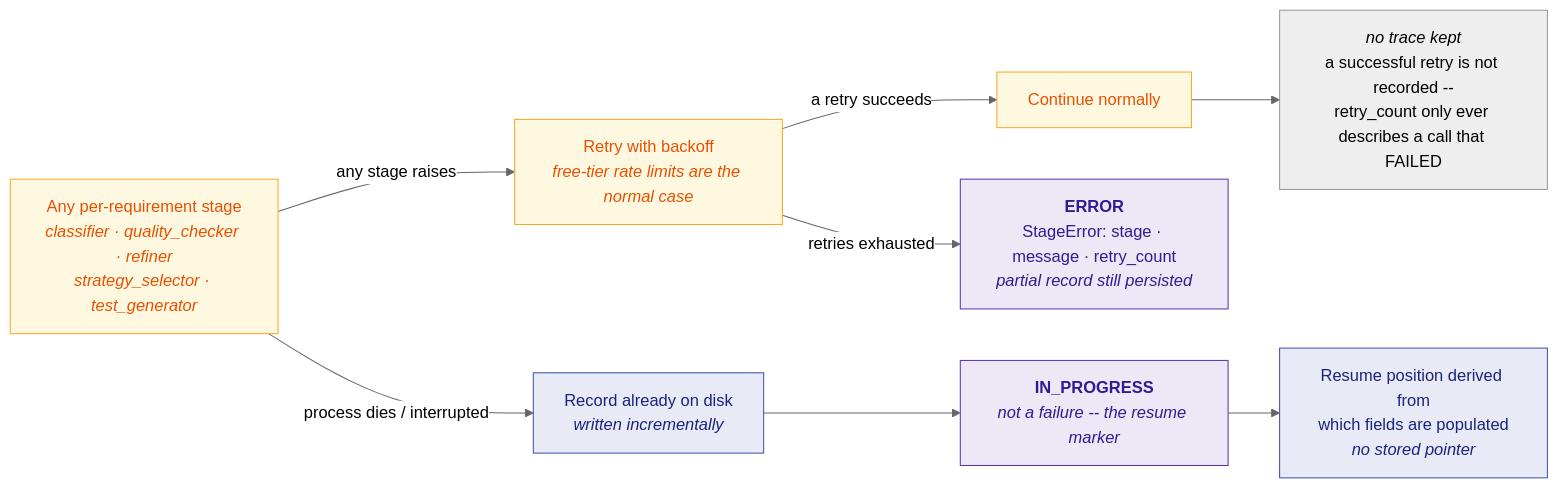
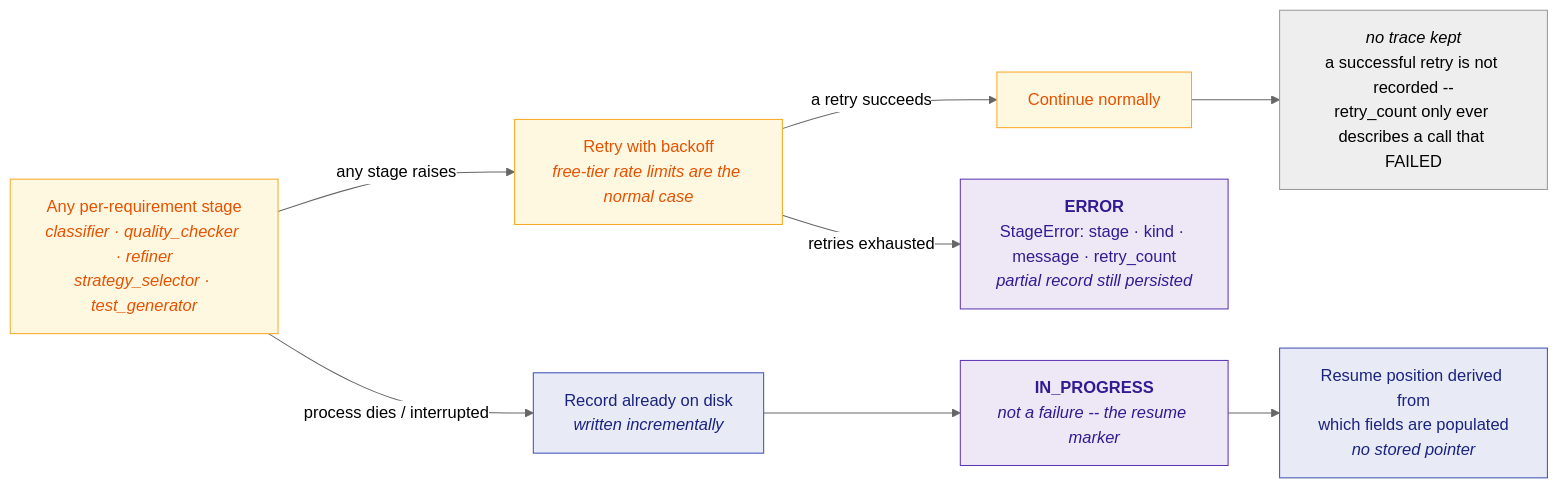
One commit to Mohamed-Elmaadawy/Masters_2 changed the diagram in design/paths_failure.mermaid. Above: the diagram before and after it, drawn with Mermaid (neutral theme). The commit also changed 5 other files, not shown here.

First line of the commit message:
Add FailureKind to StageError and DocumentStageError

```diff
--- a/design/paths_failure.mermaid
+++ b/design/paths_failure.mermaid
@@ -1,29 +1,29 @@
 %% GENERATED by design/generate_diagrams.py -- do not edit by hand.
 %% Rerun after every change to schemas.py.
 
 %% What happens when a stage fails or the process is interrupted.
 flowchart LR
     F0["Any per-requirement stage<br/><i>classifier · quality_checker · refiner<br/>strategy_selector · test_generator</i>"]
     FRETRY["Retry with backoff<br/><i>free-tier rate limits are the normal case</i>"]
     FOK["Continue normally"]
     FGONE["<i>no trace kept</i><br/>a successful retry is not recorded --<br/>retry_count only ever describes a call that FAILED"]
-    FERR["<b>ERROR</b><br/>StageError: stage · message · retry_count<br/><i>partial record still persisted</i>"]
+    FERR["<b>ERROR</b><br/>StageError: stage · kind · message · retry_count<br/><i>partial record still persisted</i>"]
     FKILL["Record already on disk<br/><i>written incrementally</i>"]
     FIP["<b>IN_PROGRESS</b><br/><i>not a failure -- the resume marker</i>"]
     FRES["Resume position derived from<br/>which fields are populated<br/><i>no stored pointer</i>"]
 
     F0 -->|"any stage raises"| FRETRY
     FRETRY -->|"a retry succeeds"| FOK
     FRETRY -->|"retries exhausted"| FERR
     FOK --> FGONE
     F0 -->|"process dies / interrupted"| FKILL
     FKILL --> FIP
     FIP --> FRES
 
     classDef io fill:#e8eaf6,stroke:#3f51b5,color:#1a237e
     class FKILL,FRES io
     classDef req fill:#fff8e1,stroke:#f9a825,color:#e65100
     class F0,FRETRY,FOK req
     classDef term fill:#ede7f6,stroke:#5e35b1,color:#311b92
     class FERR,FIP term
     classDef note fill:#ffffff,stroke:#9e9e9e,color:#424242,stroke-dasharray:3 3
```
